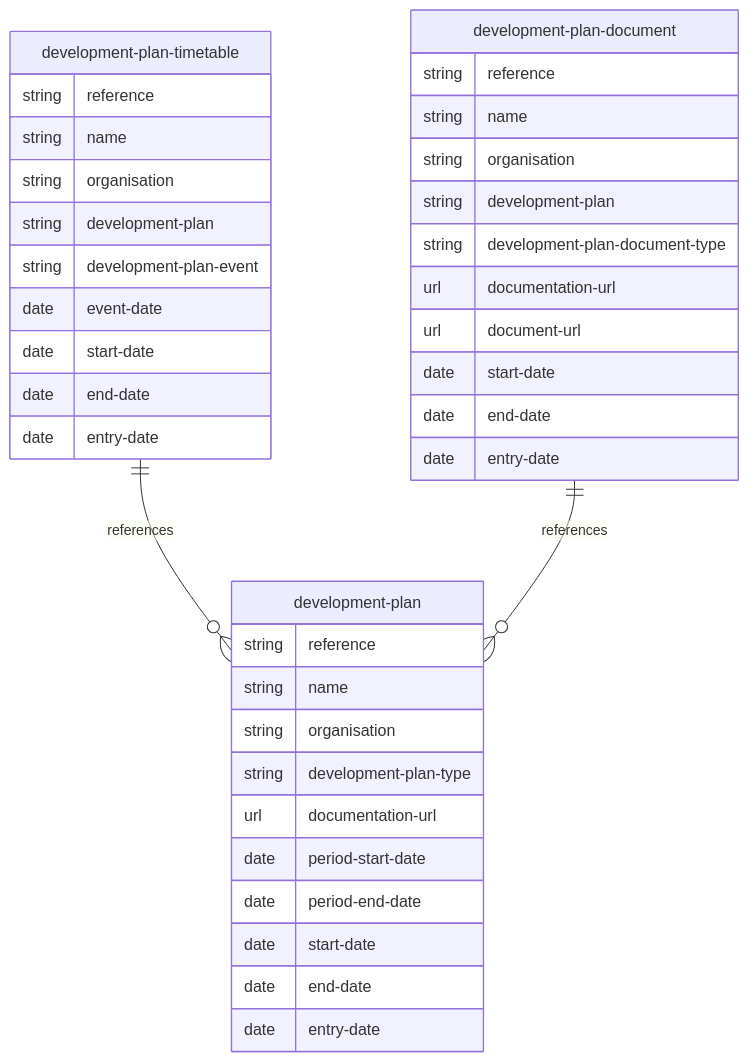
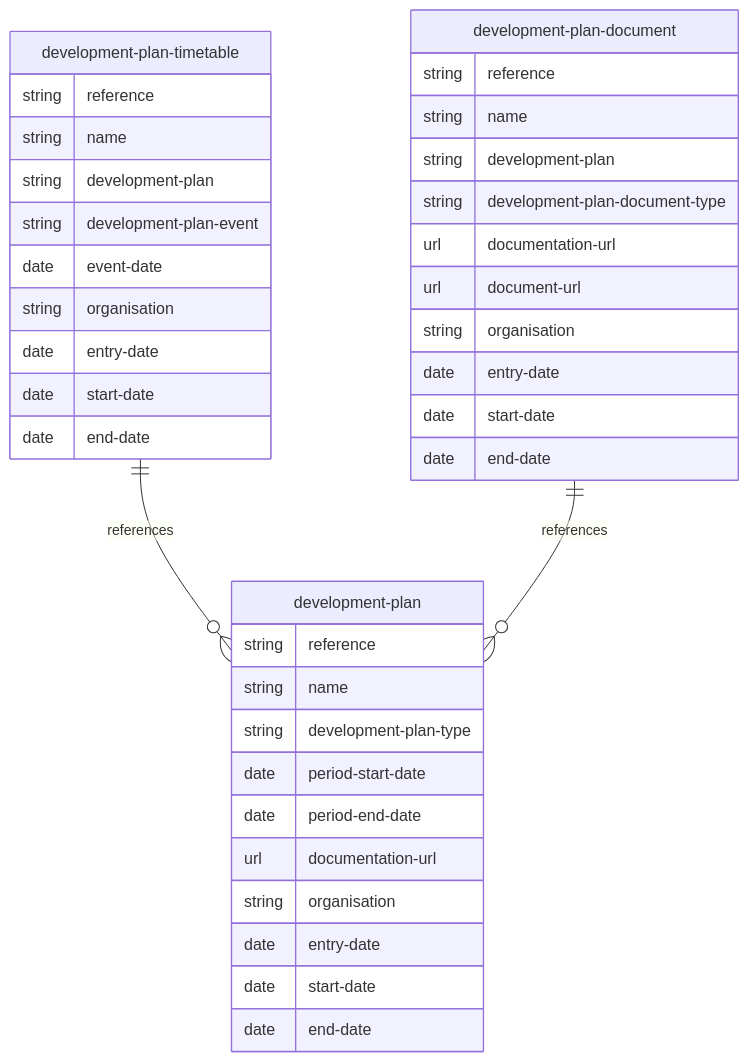
One commit to digital-land/specification changed the diagram in mermaid/development-plan.md. Above: the diagram before and after it, drawn with Mermaid. The commit also changed other lines of this file and 14 other files, not shown here.

````diff
--- a/mermaid/development-plan.md
+++ b/mermaid/development-plan.md
@@ -4,40 +4,40 @@
 ```mermaid
 erDiagram
     development-plan {
         string reference
         string name
-        string organisation
         string development-plan-type
-        url documentation-url
         date period-start-date
         date period-end-date
+        url documentation-url
+        string organisation
+        date entry-date
         date start-date
         date end-date
-        date entry-date
     }
     development-plan-timetable {
         string reference
         string name
-        string organisation
         string development-plan
         string development-plan-event
         date event-date
+        string organisation
+        date entry-date
         date start-date
         date end-date
-        date entry-date
     }
     development-plan-document {
         string reference
         string name
-        string organisation
         string development-plan
         string development-plan-document-type
         url documentation-url
         url document-url
+        string organisation
+        date entry-date
         date start-date
         date end-date
-        date entry-date
     }
     development-plan-timetable ||--o{ development-plan : references
     development-plan-document ||--o{ development-plan : references
 ```
````
